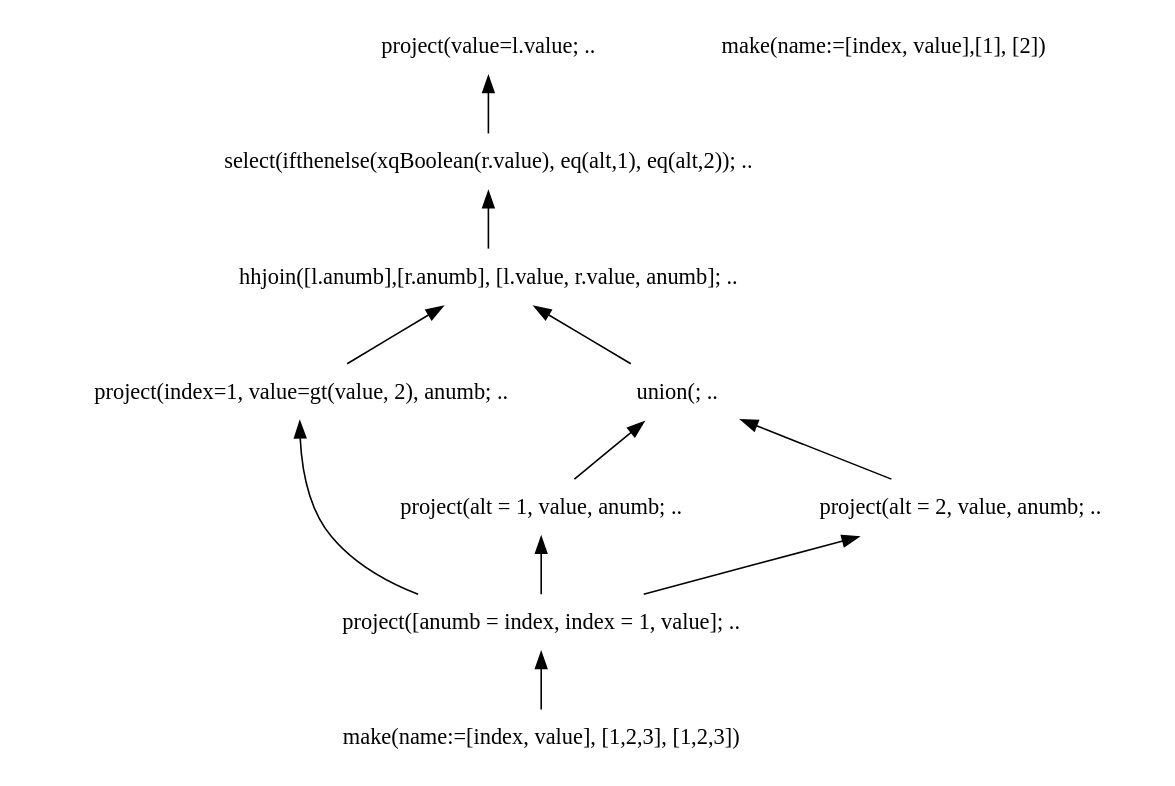
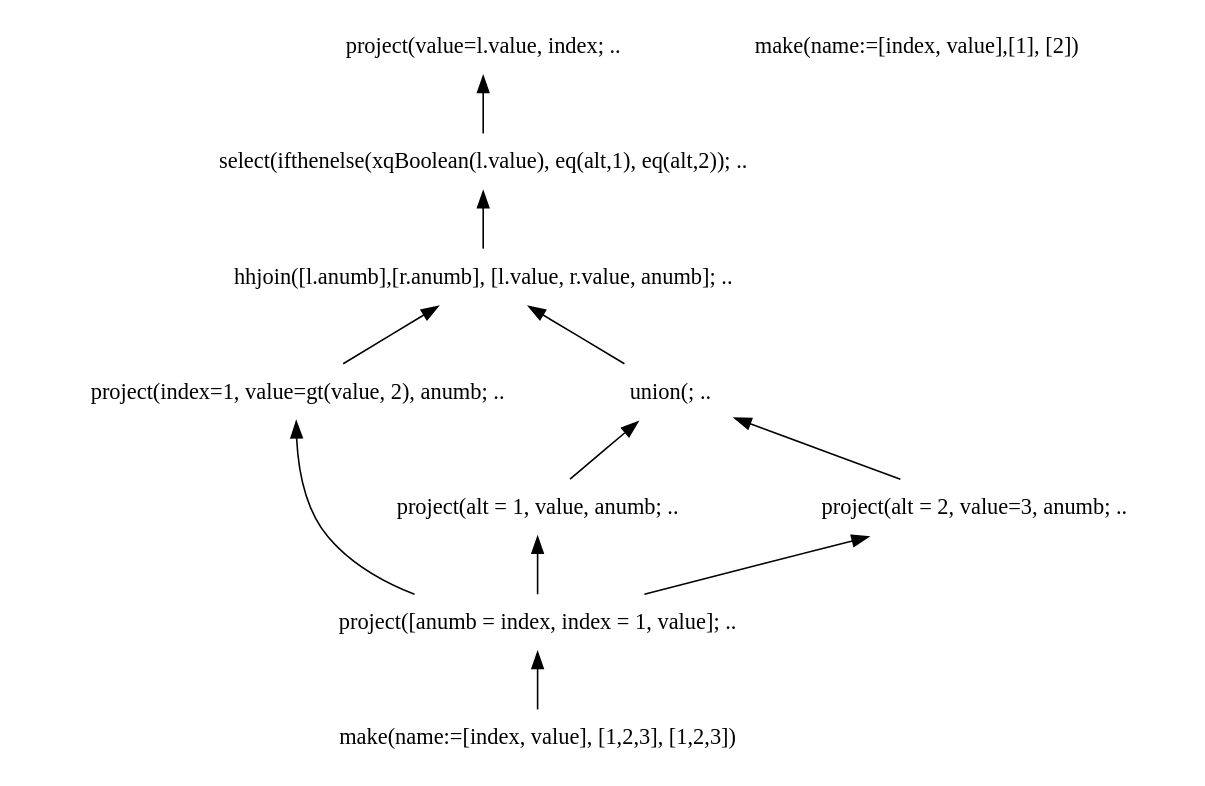
The diagram in doc/graph_src/ifthenelse_dag.dot (andrerav/xqft-parser), drawn with Graphviz before and after one commit. The commit also changed 5 other files, not shown here.

```diff
--- a/doc/graph_src/ifthenelse_dag.dot
+++ b/doc/graph_src/ifthenelse_dag.dot
@@ -1,30 +1,31 @@
 digraph AST {
 edge [color=black, dir=both, weight=1, fontcolor=black, fontname=Helvetica, arrowhead=none,arrowtail=normal]
 node [shape=plaintext]
 
 project123->make123
 make123 [label="make(name:=[index, value], [1,2,3], [1,2,3])"]
 make2 [label="make(name:=[index, value],[1], [2])"]
 project123 [label="project([anumb = index, index = 1, value]; .."]
 
-project1 [label="project(value=l.value; .."]
+project1 [label="project(value=l.value, index; .."]
 project2 [label="project(alt = 1, value, anumb; .."]
-project3 [label="project(alt = 2, value, anumb; .."]
-project4 [label=" project(index=1, value=gt(value, 2), anumb; .."]
+project3 [label="project(alt = 2, value=3, anumb; .."]
+project4 [label="project(index=1, value=gt(value, 2), anumb; .."]
 
-select1 [label="select(ifthenelse(xqBoolean(r.value), eq(alt,1), eq(alt,2)); .."]
+select1 [label="select(ifthenelse(xqBoolean(l.value), eq(alt,1), eq(alt,2)); .."]
 
 hhjoin1 [label="hhjoin([l.anumb],[r.anumb], [l.value, r.value, anumb]; .."]
 
 union1 [label="union(; .."]
 
 project1->select1
   select1->hhjoin1
     hhjoin1->union1
       union1->project2
         project2->project123
       union1->project3
         project3->project123
     hhjoin1->project4
       project4->project123
+
 }
```
